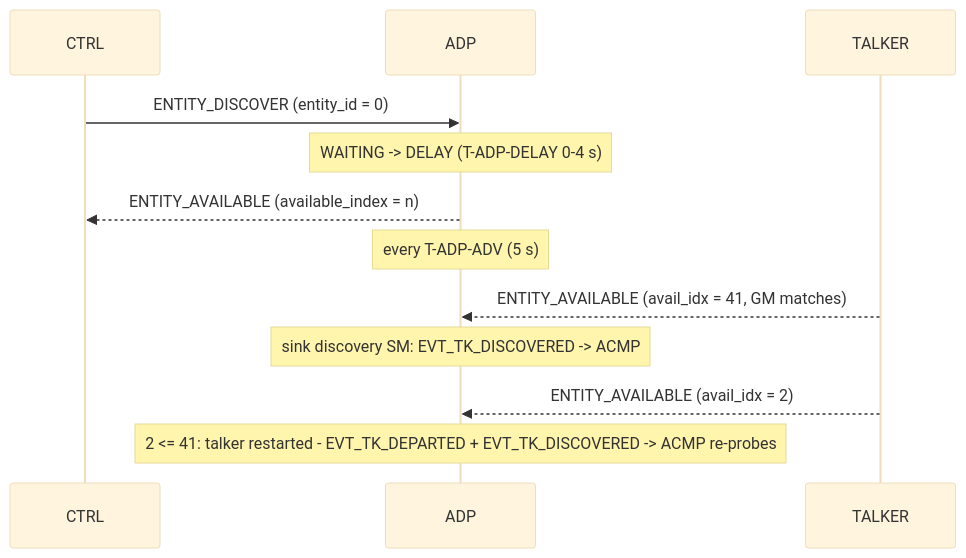
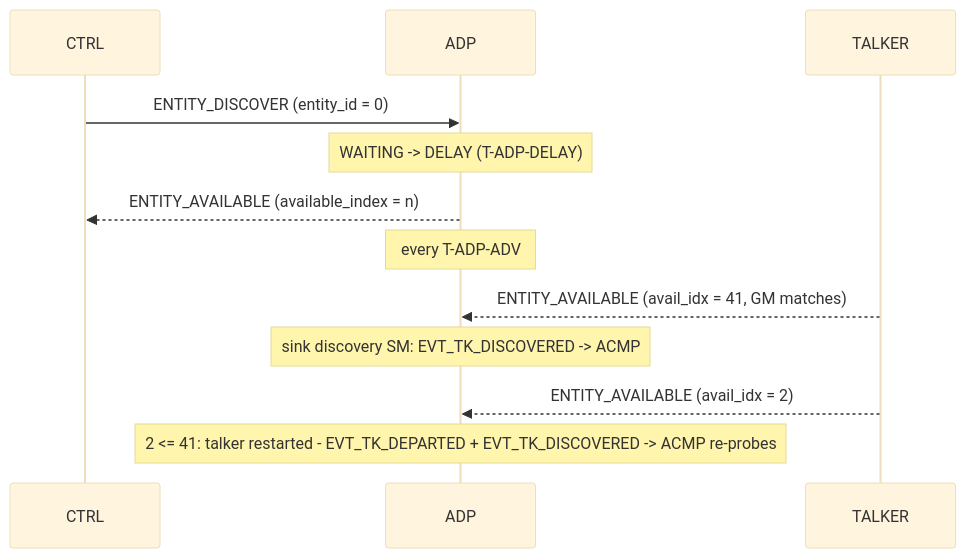
The fourth of 4 diagrams in docs/architecture/04_adp_engine.md (Mister-M-alt/protocol-processor-control-plane-avb-milan), drawn with Mermaid (base theme) before and after one commit. The commit also changed other lines of this file and 13 other files, not shown here.

````diff
--- a/docs/architecture/04_adp_engine.md
+++ b/docs/architecture/04_adp_engine.md
@@ -181,14 +181,14 @@
 ```mermaid
 sequenceDiagram
     participant CTRL
     participant ADP
     participant TALKER
     CTRL->>ADP: ENTITY_DISCOVER (entity_id = 0)
-    Note over ADP: WAITING -> DELAY (T-ADP-DELAY 0-4 s)
+    Note over ADP: WAITING -> DELAY (T-ADP-DELAY)
     ADP-->>CTRL: ENTITY_AVAILABLE (available_index = n)
-    Note over ADP: every T-ADP-ADV (5 s)
+    Note over ADP: every T-ADP-ADV
     TALKER-->>ADP: ENTITY_AVAILABLE (avail_idx = 41, GM matches)
     Note over ADP: sink discovery SM: EVT_TK_DISCOVERED -> ACMP
     TALKER-->>ADP: ENTITY_AVAILABLE (avail_idx = 2)
     Note over ADP: 2 <= 41: talker restarted - EVT_TK_DEPARTED + EVT_TK_DISCOVERED -> ACMP re-probes
 ```
````
